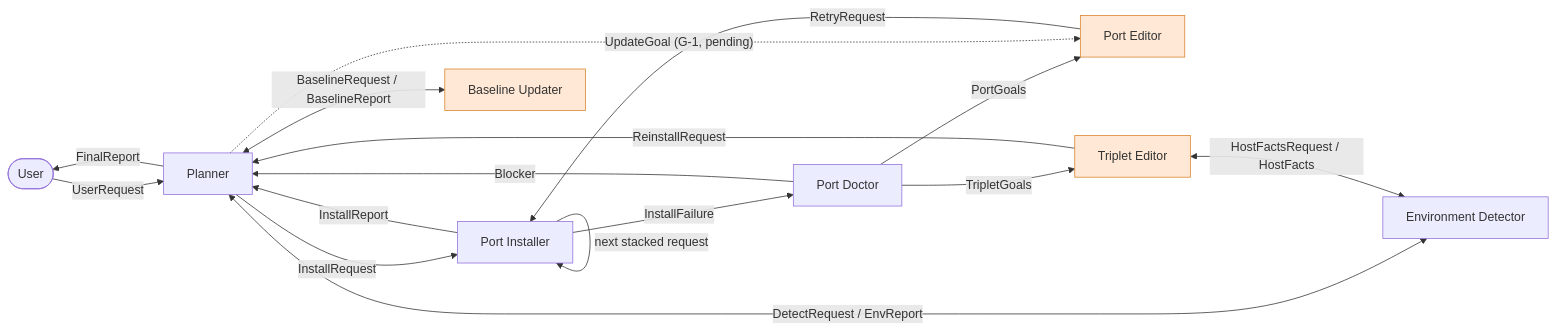
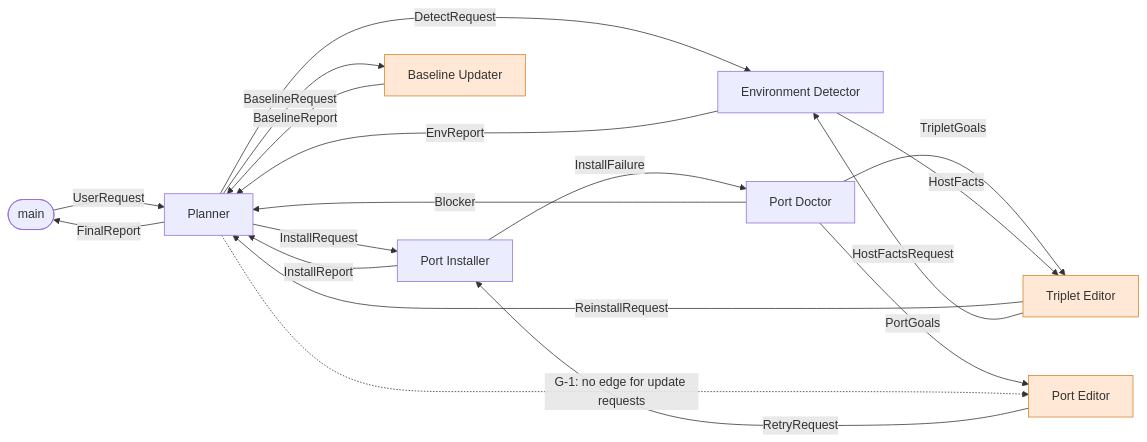
The first of 9 diagrams in vcpkg-agents-specifications.md (luncliff/vcpkg-registry), drawn with Mermaid before and after one commit. The commit also changed other lines of this file and 1 other file, not shown here.

````diff
--- a/vcpkg-agents-specifications.md
+++ b/vcpkg-agents-specifications.md
@@ -17,20 +18,22 @@
 ```mermaid
 flowchart LR
-    U([User]) -->|UserRequest| P[Planner]
-    P <-->|DetectRequest / EnvReport| ED[Environment Detector]
+    U([main]) -->|UserRequest| P[Planner]
+    P -->|DetectRequest| ED[Environment Detector]
+    ED -->|EnvReport| P
     P -->|InstallRequest| PI[Port Installer]
-    PI -->|next stacked request| PI
     PI -->|InstallReport| P
     PI -->|InstallFailure| PD[Port Doctor]
     PD -->|PortGoals| PE[Port Editor]
     PD -->|TripletGoals| TE[Triplet Editor]
     PD -->|Blocker| P
     PE -->|RetryRequest| PI
     TE -->|ReinstallRequest| P
-    TE <-->|HostFactsRequest / HostFacts| ED
-    P <-->|BaselineRequest / BaselineReport| BU[Baseline Updater]
+    TE -->|HostFactsRequest| ED
+    ED -->|HostFacts| TE
+    P -->|BaselineRequest| BU[Baseline Updater]
+    BU -->|BaselineReport| P
     P -->|FinalReport| U
-    P -.->|"UpdateGoal (G-1, pending)"| PE
+    P -.->|"G-1: no edge for update requests"| PE
     classDef writer fill:#ffe9d6,stroke:#d9822b
     class PE,TE,BU writer
 ```
````
